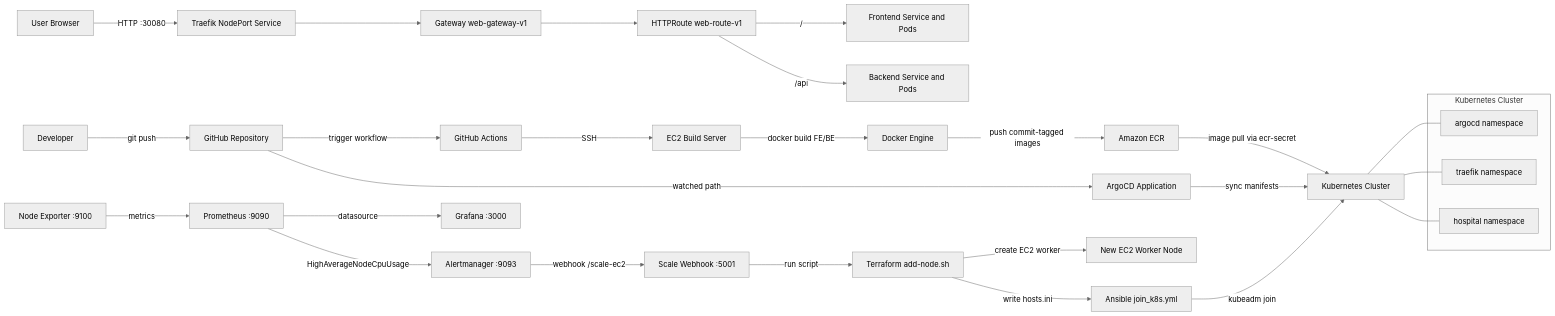
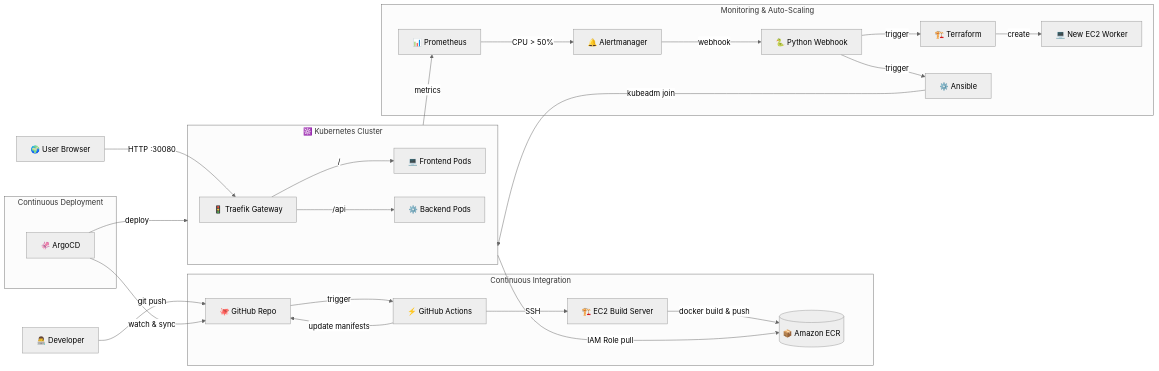
One commit to kien-devops/cicd-ecr-kube-ec2-gitaction changed the diagram in README.md. Above: the diagram before and after it, drawn with Mermaid (neutral theme). The commit also changed other lines of this file and 9 other files, not shown here.

Commit message:
docs: revamp all README files with badges, diagrams, and structured sections

````diff
--- a/README.md
+++ b/README.md
@@ -19,39 +30,60 @@
 ```mermaid
 flowchart LR
-    Dev[Developer] -->|git push| GitHub[GitHub Repository]
+    %% External Actors
+    Dev[👨‍💻 Developer]
+    User[🌍 User Browser]
 
-    GitHub -->|trigger workflow| Actions[GitHub Actions]
-    Actions -->|SSH| BuildEC2[EC2 Build Server]
-    BuildEC2 -->|docker build FE/BE| Docker[Docker Engine]
-    Docker -->|push commit-tagged images| ECR[Amazon ECR]
-
-    GitHub -->|watched path| ArgoCD[ArgoCD Application]
-    ArgoCD -->|sync manifests| K8s[Kubernetes Cluster]
-
-    ECR -->|image pull via ecr-secret| K8s
-
-    User[User Browser] -->|HTTP :30080| TraefikSvc[Traefik NodePort Service]
-    TraefikSvc --> Gateway[Gateway web-gateway-v1]
-    Gateway --> Route[HTTPRoute web-route-v1]
-    Route -->|/| FE[Frontend Service and Pods]
-    Route -->|/api| BE[Backend Service and Pods]
-
-    NodeExporter[Node Exporter :9100] -->|metrics| Prometheus[Prometheus :9090]
-    Prometheus -->|datasource| Grafana[Grafana :3000]
-    Prometheus -->|HighAverageNodeCpuUsage| Alertmanager[Alertmanager :9093]
-    Alertmanager -->|webhook /scale-ec2| ScaleWebhook[Scale Webhook :5001]
-    ScaleWebhook -->|run script| Terraform[Terraform add-node.sh]
-    Terraform -->|create EC2 worker| NewWorker[New EC2 Worker Node]
-    Terraform -->|write hosts.ini| Ansible[Ansible join_k8s.yml]
-    Ansible -->|kubeadm join| K8s
-
-    subgraph Cluster[Kubernetes Cluster]
-        ArgoNS[argocd namespace]
-        TraefikNS[traefik namespace]
-        HospitalNS[hospital namespace]
+    %% CI Pipeline
+    subgraph CI [Continuous Integration]
+        GitHub[🐙 GitHub Repo]
+        Actions[⚡ GitHub Actions]
+        BuildEC2[🏗️ EC2 Build Server]
+        ECR[(📦 Amazon ECR)]
     end
 
-    K8s --- ArgoNS
-    K8s --- TraefikNS
-    K8s --- HospitalNS
+    %% CD Pipeline
+    subgraph CD [Continuous Deployment]
+        ArgoCD[🦑 ArgoCD]
+    end
+
+    %% Kubernetes Runtime
+    subgraph K8s [☸️ Kubernetes Cluster]
+        Traefik[🚦 Traefik Gateway]
+        FE[💻 Frontend Pods]
+        BE[⚙️ Backend Pods]
+    end
+
+    %% Monitoring & Scaling
+    subgraph AutoScale [Monitoring & Auto-Scaling]
+        Prometheus[📊 Prometheus]
+        Alertmanager[🔔 Alertmanager]
+        Webhook[🐍 Python Webhook]
+        Terraform[🏗️ Terraform]
+        Ansible[⚙️ Ansible]
+        NewNode[💻 New EC2 Worker]
+    end
+
+    %% Flow connections
+    Dev -->|git push| GitHub
+    GitHub -->|trigger| Actions
+    Actions -->|SSH| BuildEC2
+    BuildEC2 -->|docker build & push| ECR
+    Actions -->|update manifests| GitHub
+
+    ArgoCD -->|watch & sync| GitHub
+    ArgoCD -->|deploy| K8s
+    
+    K8s -->|IAM Role pull| ECR
+
+    User -->|HTTP :30080| Traefik
+    Traefik -->|/| FE
+    Traefik -->|/api| BE
+
+    K8s -->|metrics| Prometheus
+    Prometheus -->|CPU > 50%| Alertmanager
+    Alertmanager -->|webhook| Webhook
+    Webhook -->|trigger| Terraform
+    Terraform -->|create| NewNode
+    Webhook -->|trigger| Ansible
+    Ansible -->|kubeadm join| K8s
 ```
````
